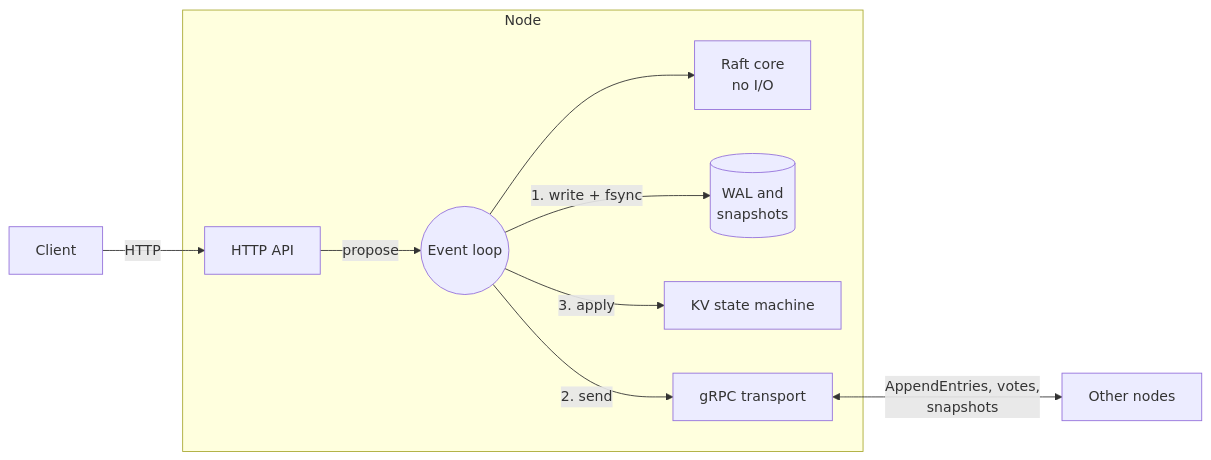
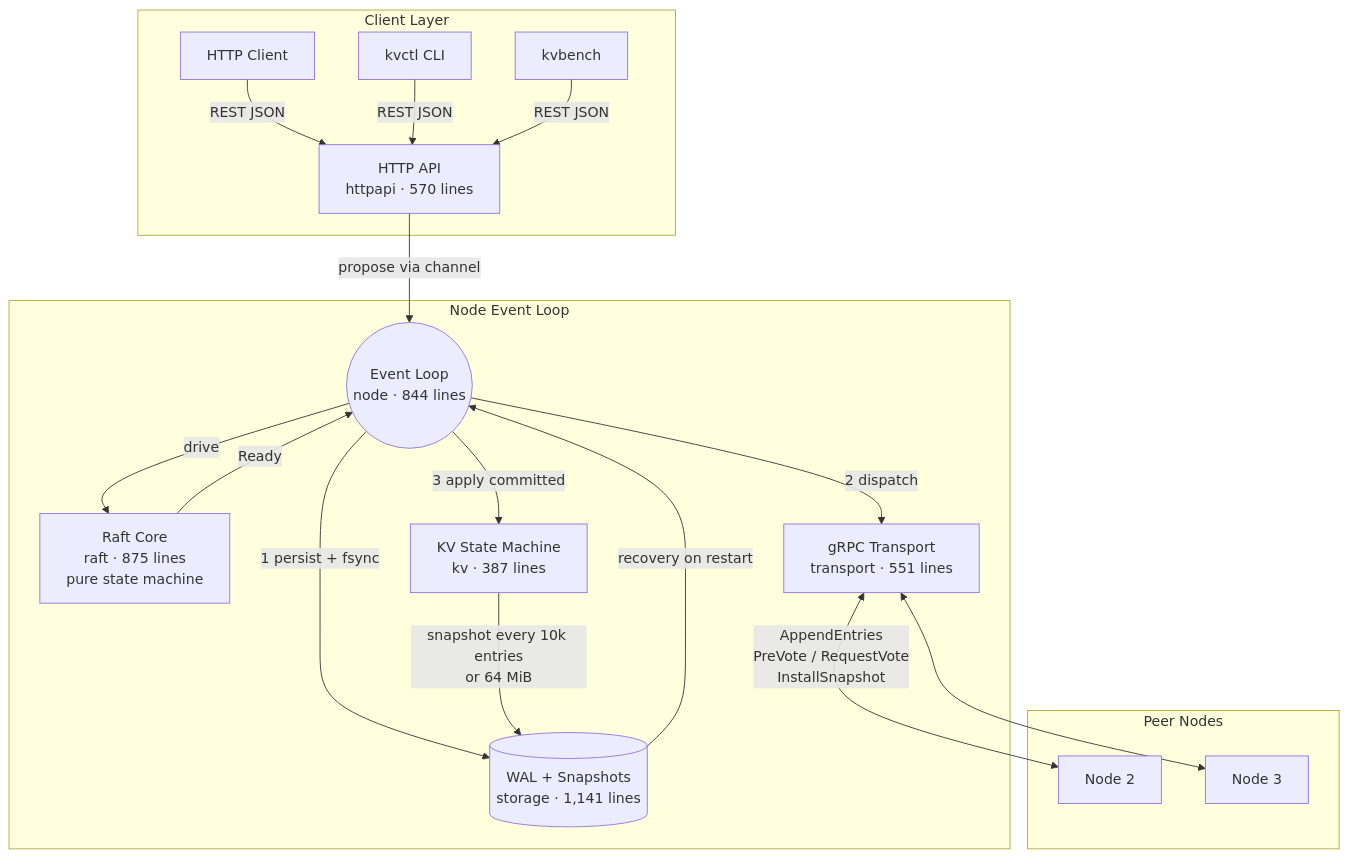
The diagram in README.md (bhattt1/RaftBasedDistributedKey), drawn with Mermaid before and after one commit. The commit also changed other lines of this file, not shown here.

First line of the commit message:
Rewrite README for depth: architecture, design patterns, measured metrics

````diff
--- a/README.md
+++ b/README.md
@@ -106,12 +32,26 @@
 ```mermaid
-flowchart LR
-    C[Client] -->|HTTP| H[HTTP API]
-    subgraph Node
-      H -->|propose| L((Event loop))
-      L --> R[Raft core<br/>no I/O]
-      L -->|1. write + fsync| W[(WAL and<br/>snapshots)]
-      L -->|3. apply| K[KV state machine]
-      L -->|2. send| T[gRPC transport]
+flowchart TB
+    subgraph Client Layer
+        C1[HTTP Client] -->|REST JSON| API[HTTP API<br/>httpapi · 570 lines]
+        C2[kvctl CLI] -->|REST JSON| API
+        C3[kvbench] -->|REST JSON| API
     end
-    T <-->|AppendEntries, votes,<br/>snapshots| P[Other nodes]
+
+    subgraph Node Event Loop
+        API -->|propose via channel| EL((Event Loop<br/>node · 844 lines))
+        EL -->|drive| RAFT[Raft Core<br/>raft · 875 lines<br/>pure state machine]
+        RAFT -->|Ready| EL
+
+        EL -->|1 persist + fsync| WAL[(WAL + Snapshots<br/>storage · 1,141 lines)]
+        EL -->|2 dispatch| GRPC[gRPC Transport<br/>transport · 551 lines]
+        EL -->|3 apply committed| KV[KV State Machine<br/>kv · 387 lines]
+    end
+
+    subgraph Peer Nodes
+        GRPC <-->|AppendEntries<br/>PreVote / RequestVote<br/>InstallSnapshot| P1[Node 2]
+        GRPC <-->| | P2[Node 3]
+    end
+
+    WAL -->|recovery on restart| EL
+    KV -->|snapshot every 10k entries<br/>or 64 MiB| WAL
 ```
````
